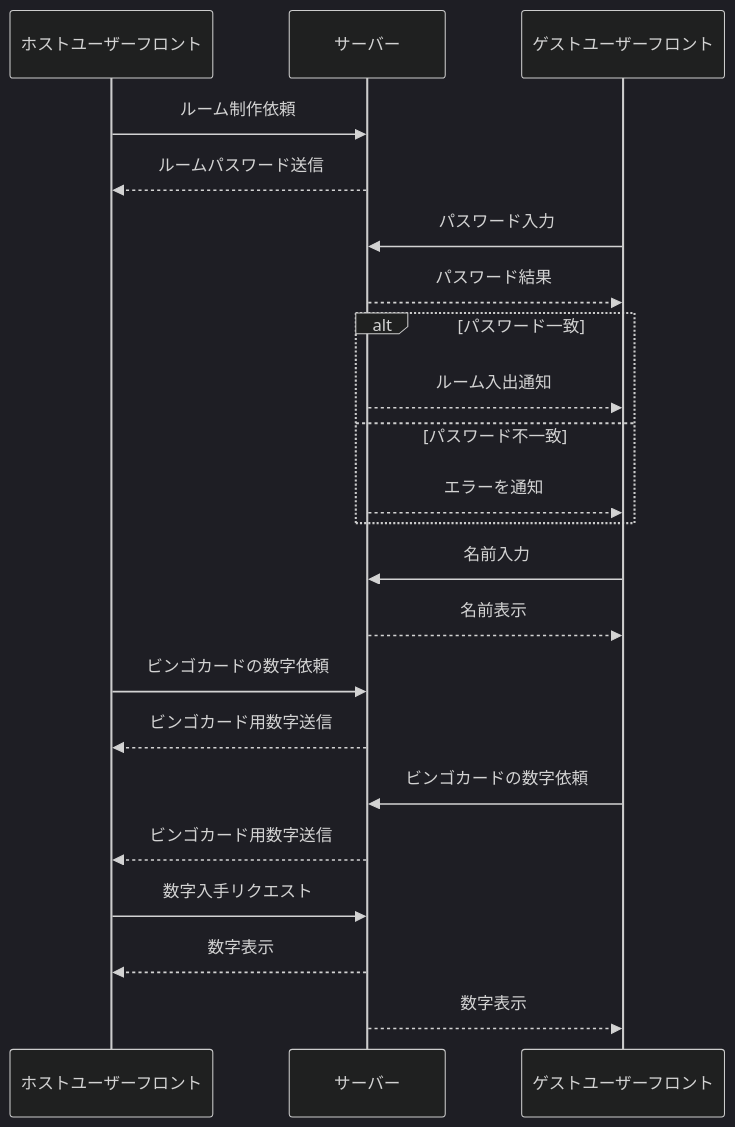
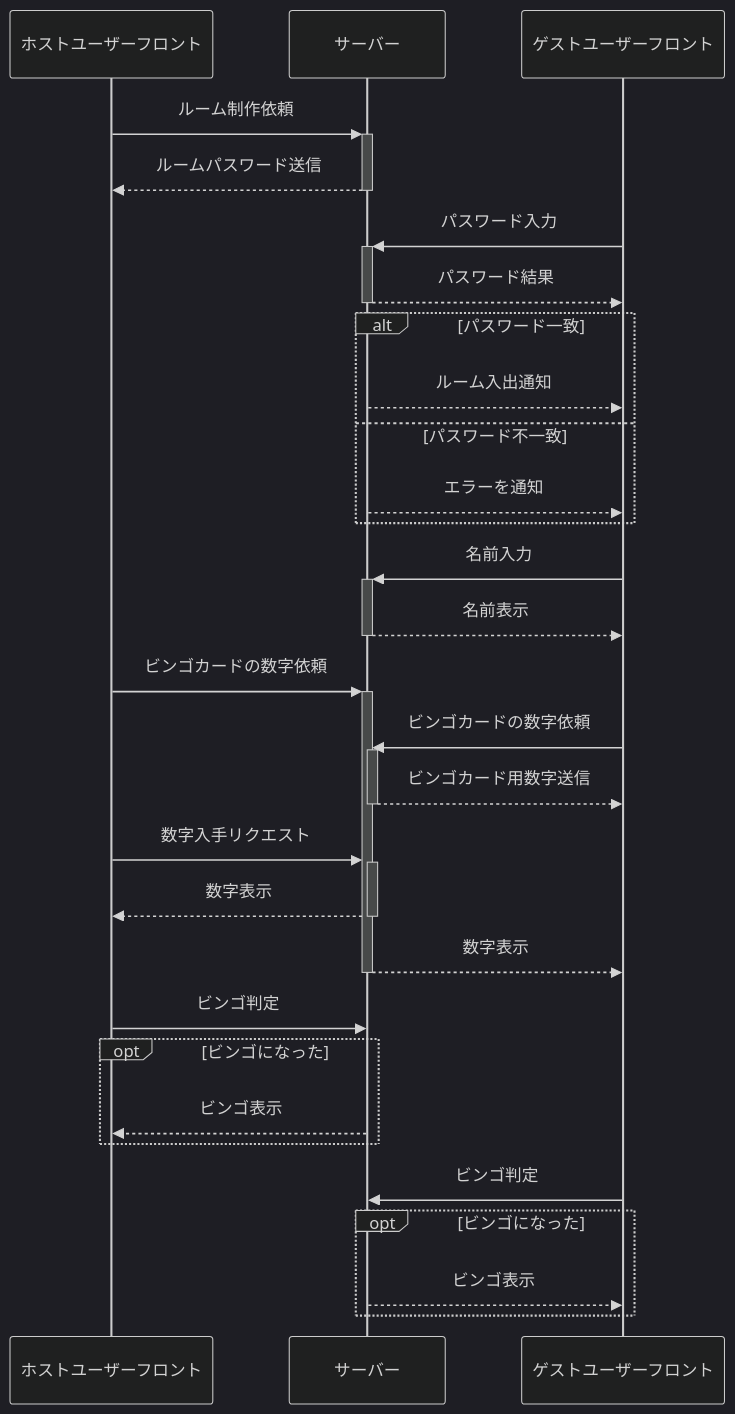
The diagram in README.md (MizugutiK/Bingo), drawn with Mermaid (dark theme) before and after one commit.

Commit message:
ライフラインを試してみる

````diff
--- a/README.md
+++ b/README.md
@@ -4,25 +4,37 @@
 ```mermaid
 sequenceDiagram;
 participant ホストユーザーフロント
 participant サーバー
 participant ゲストユーザーフロント
 
-ホストユーザーフロント  ->>     サーバー:ルーム制作依頼
-サーバー               -->>     ホストユーザーフロント:ルームパスワード送信
-ゲストユーザーフロント  ->>     サーバー:パスワード入力
-サーバー               -->>     ゲストユーザーフロント:パスワード結果
+ホストユーザーフロント  ->>+     サーバー:ルーム制作依頼
+サーバー               -->>-     ホストユーザーフロント:ルームパスワード送信
+
+ゲストユーザーフロント  ->>+     サーバー:パスワード入力
+サーバー               -->>-     ゲストユーザーフロント:パスワード結果
 alt パスワード一致　
-サーバー　-->> ゲストユーザーフロント:ルーム入出通知
+サーバー　-->>  ゲストユーザーフロント:ルーム入出通知
 else パスワード不一致
-サーバー -->> ゲストユーザーフロント:エラーを通知
+サーバー -->>   ゲストユーザーフロント:エラーを通知
 end
-ゲストユーザーフロント  ->>     サーバー:名前入力
-サーバー               -->>      ゲストユーザーフロント:名前表示
-ホストユーザーフロント  ->>     サーバー:ビンゴカードの数字依頼
-サーバー               -->>     ホストユーザーフロント:ビンゴカード用数字送信
-ゲストユーザーフロント  ->>     サーバー:ビンゴカードの数字依頼
-サーバー               -->>     ホストユーザーフロント:ビンゴカード用数字送信
-ホストユーザーフロント  ->>     サーバー:数字入手リクエスト
-サーバー               -->>     ホストユーザーフロント:数字表示
-サーバー               -->>     ゲストユーザーフロント:数字表示
+
+ゲストユーザーフロント  ->>+     サーバー:名前入力
+サーバー               -->>-      ゲストユーザーフロント:名前表示
+
+ホストユーザーフロント  ->>+     サーバー:ビンゴカードの数字依頼
+ゲストユーザーフロント  ->>+     サーバー:ビンゴカードの数字依頼
+サーバー               -->>-     ゲストユーザーフロント:ビンゴカード用数字送信
+
+ホストユーザーフロント  ->>+     サーバー:数字入手リクエスト
+サーバー               -->>-     ホストユーザーフロント:数字表示
+サーバー               -->>-     ゲストユーザーフロント:数字表示
+
+ホストユーザーフロント  ->>     サーバー:ビンゴ判定
+opt ビンゴになった
+サーバー    -->>    ホストユーザーフロント:ビンゴ表示
+end
+ゲストユーザーフロント  ->>     サーバー:ビンゴ判定
+opt ビンゴになった
+サーバー    -->>    ゲストユーザーフロント:ビンゴ表示
+end
 ```
````
